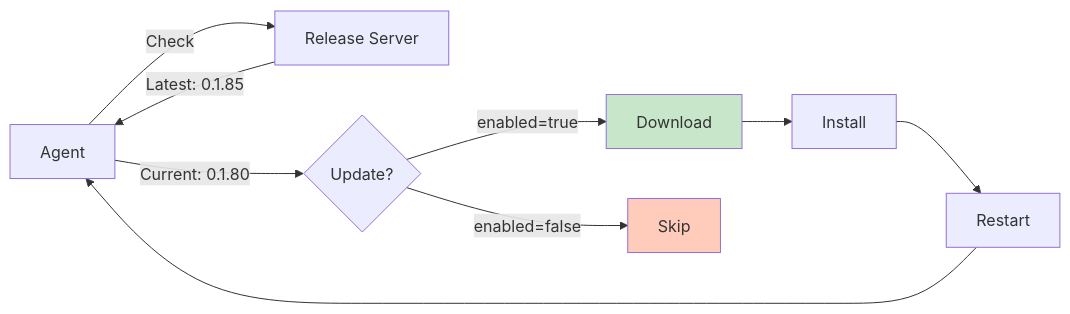
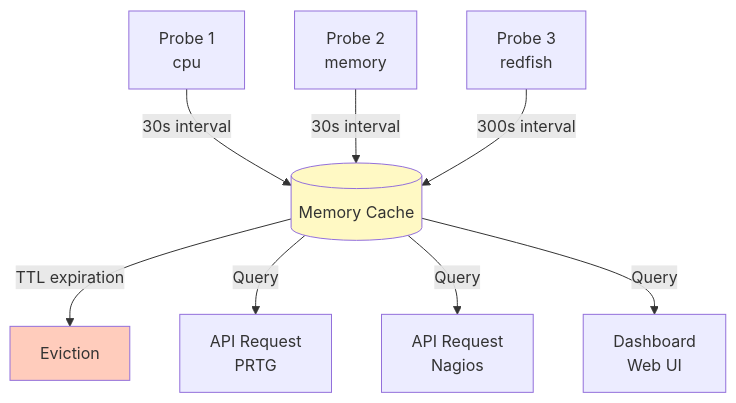
Before and after one commit to senhub-io/senhub-agent: the fifth of 7 diagrams in docs/user-guide/AGENT-CONFIGURATION.md, drawn with Mermaid. The commit also changed other lines of this file and 7 other files, not shown here.

````diff
--- a/docs/user-guide/AGENT-CONFIGURATION.md
+++ b/docs/user-guide/AGENT-CONFIGURATION.md
@@ -557,14 +668,15 @@
 ```mermaid
-graph LR
-    A[Agent] -->|Check| B[Release Server]
-    B -->|Latest: 0.1.85| A
-    A -->|Current: 0.1.80| C{Update?}
-    C -->|enabled=true| D[Download]
-    C -->|enabled=false| E[Skip]
-    D --> F[Install]
-    F --> G[Restart]
-    G --> A
+graph TB
+    P1[Probe 1<br/>cpu] -->|30s interval| C[(Memory Cache)]
+    P2[Probe 2<br/>memory] -->|30s interval| C
+    P3[Probe 3<br/>redfish] -->|300s interval| C
 
-    style D fill:#c8e6c9
+    C -->|TTL expiration| E[Eviction]
+
+    C -->|Query| A1[API Request<br/>PRTG]
+    C -->|Query| A2[API Request<br/>Nagios]
+    C -->|Query| A3[Dashboard<br/>Web UI]
+
+    style C fill:#fff9c4
     style E fill:#ffccbc
 ```
````
